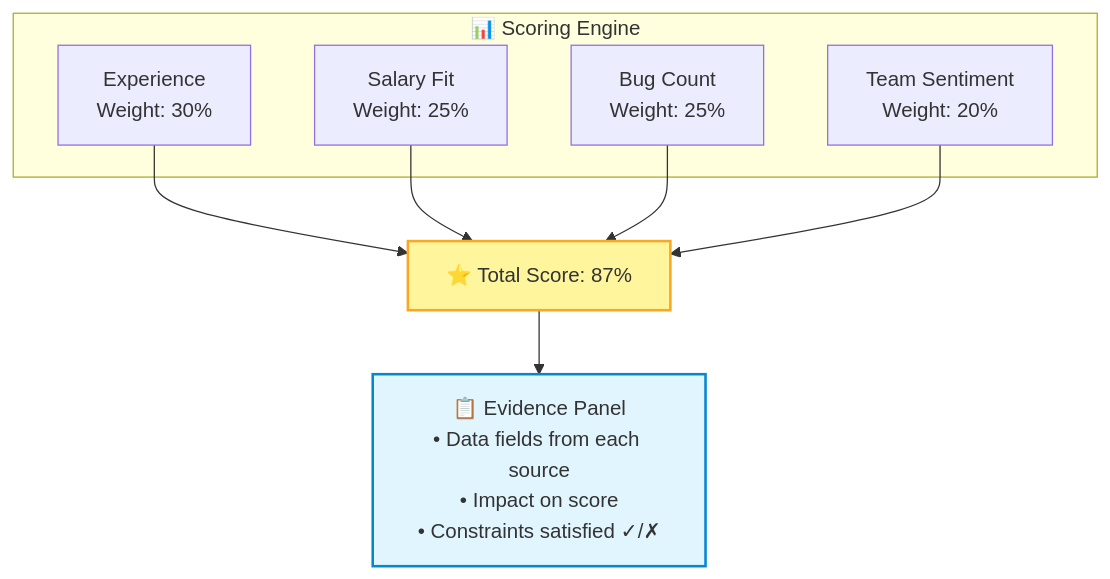
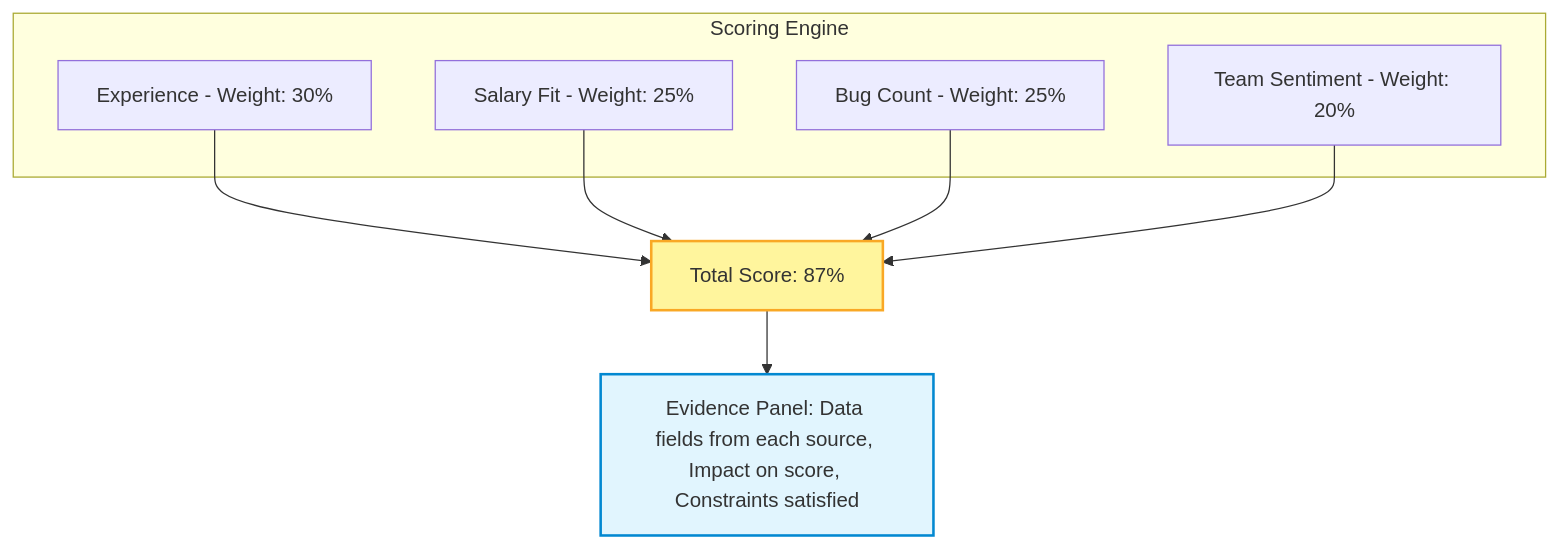
Before and after one commit to Arjun-Walia/MERIDIAN-: the sixth of 10 diagrams in README.md, drawn with Mermaid. The commit also changed other lines of this file, not shown here.

````diff
--- a/README.md
+++ b/README.md
@@ -434,19 +342,19 @@
 ```mermaid
 graph TD
-    subgraph "📊 Scoring Engine"
-        C1["Experience<br/>Weight: 30%"]
-        C2["Salary Fit<br/>Weight: 25%"]
-        C3["Bug Count<br/>Weight: 25%"]
-        C4["Team Sentiment<br/>Weight: 20%"]
+    subgraph "Scoring Engine"
+        C1["Experience - Weight: 30%"]
+        C2["Salary Fit - Weight: 25%"]
+        C3["Bug Count - Weight: 25%"]
+        C4["Team Sentiment - Weight: 20%"]
     end
     
-    C1 --> S["⭐ Total Score: 87%"]
+    C1 --> S["Total Score: 87%"]
     C2 --> S
     C3 --> S
     C4 --> S
     
-    S --> E["📋 Evidence Panel<br/>• Data fields from each source<br/>• Impact on score<br/>• Constraints satisfied ✓/✗"]
+    S --> E["Evidence Panel: Data fields from each source, Impact on score, Constraints satisfied"]
     
     style S fill:#fff59d,stroke:#f9a825,stroke-width:2px
     style E fill:#e1f5fe,stroke:#0288d1,stroke-width:2px
 ```
````
